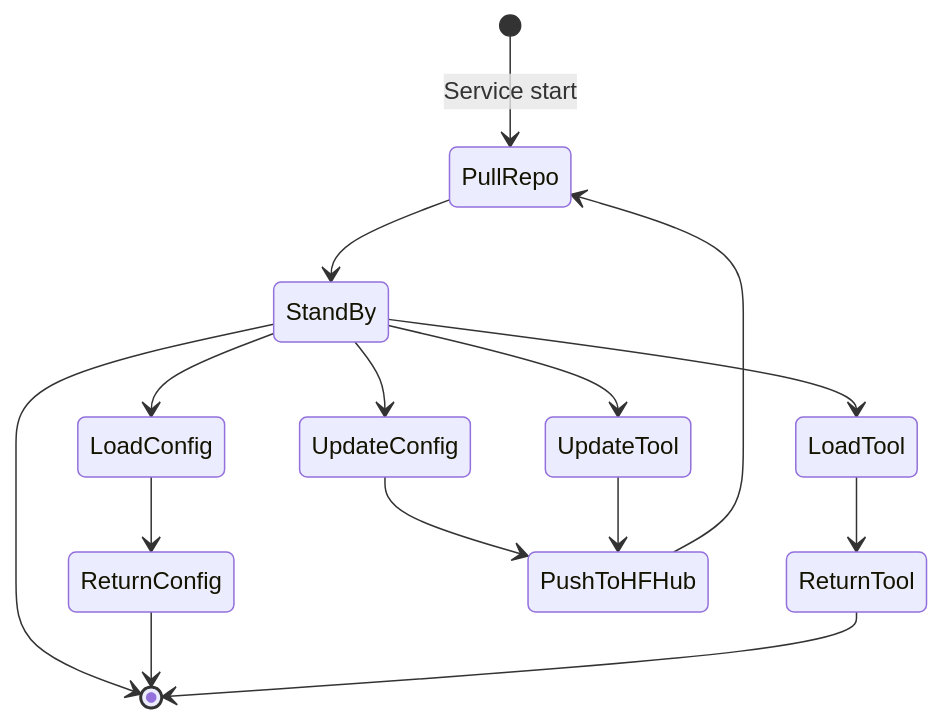
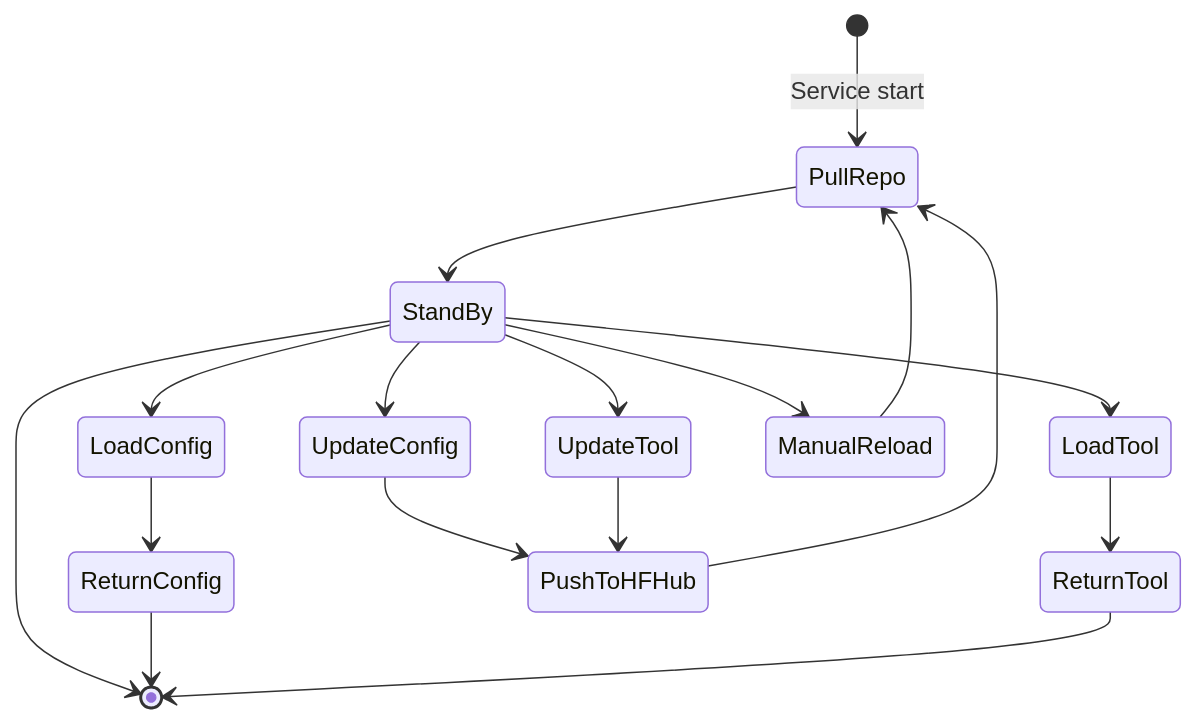
One commit to ShaojieJiang/extendable-agents changed the diagram in docs/configs/hf_hub.md. Above: the diagram before and after it, drawn with Mermaid. The commit also changed 5 other files, not shown here.

````diff
--- a/docs/configs/hf_hub.md
+++ b/docs/configs/hf_hub.md
@@ -5,17 +5,19 @@
 ```mermaid
 stateDiagram-v2
     [*] --> PullRepo: Service start
     PullRepo --> StandBy
     StandBy --> LoadConfig
     StandBy --> LoadTool
     StandBy --> UpdateConfig
     StandBy --> UpdateTool
+    StandBy --> ManualReload
     LoadConfig --> ReturnConfig
     LoadTool --> ReturnTool
     UpdateConfig --> PushToHFHub
     UpdateTool --> PushToHFHub
+    ManualReload --> PullRepo
     PushToHFHub --> PullRepo
     StandBy --> [*]
     ReturnConfig --> [*]
     ReturnTool --> [*]
 ```
````
